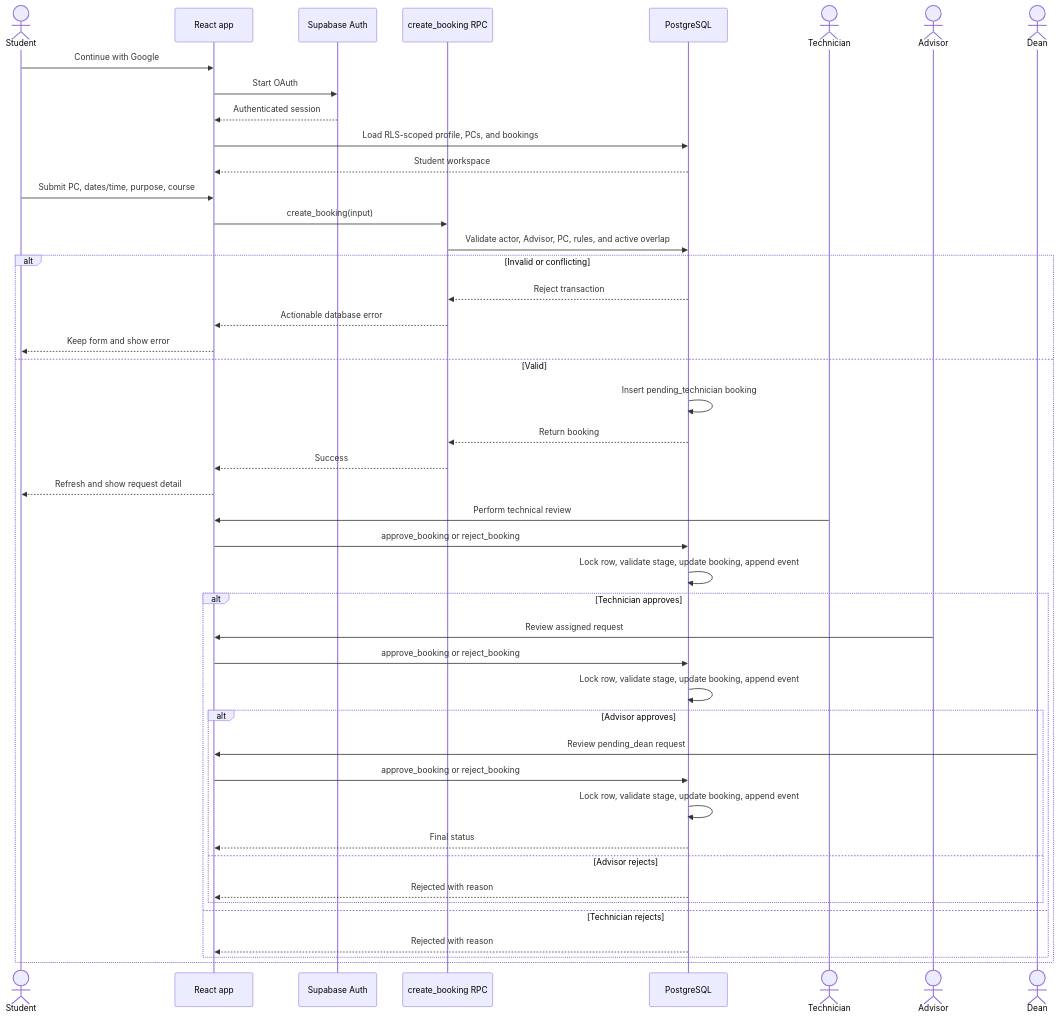
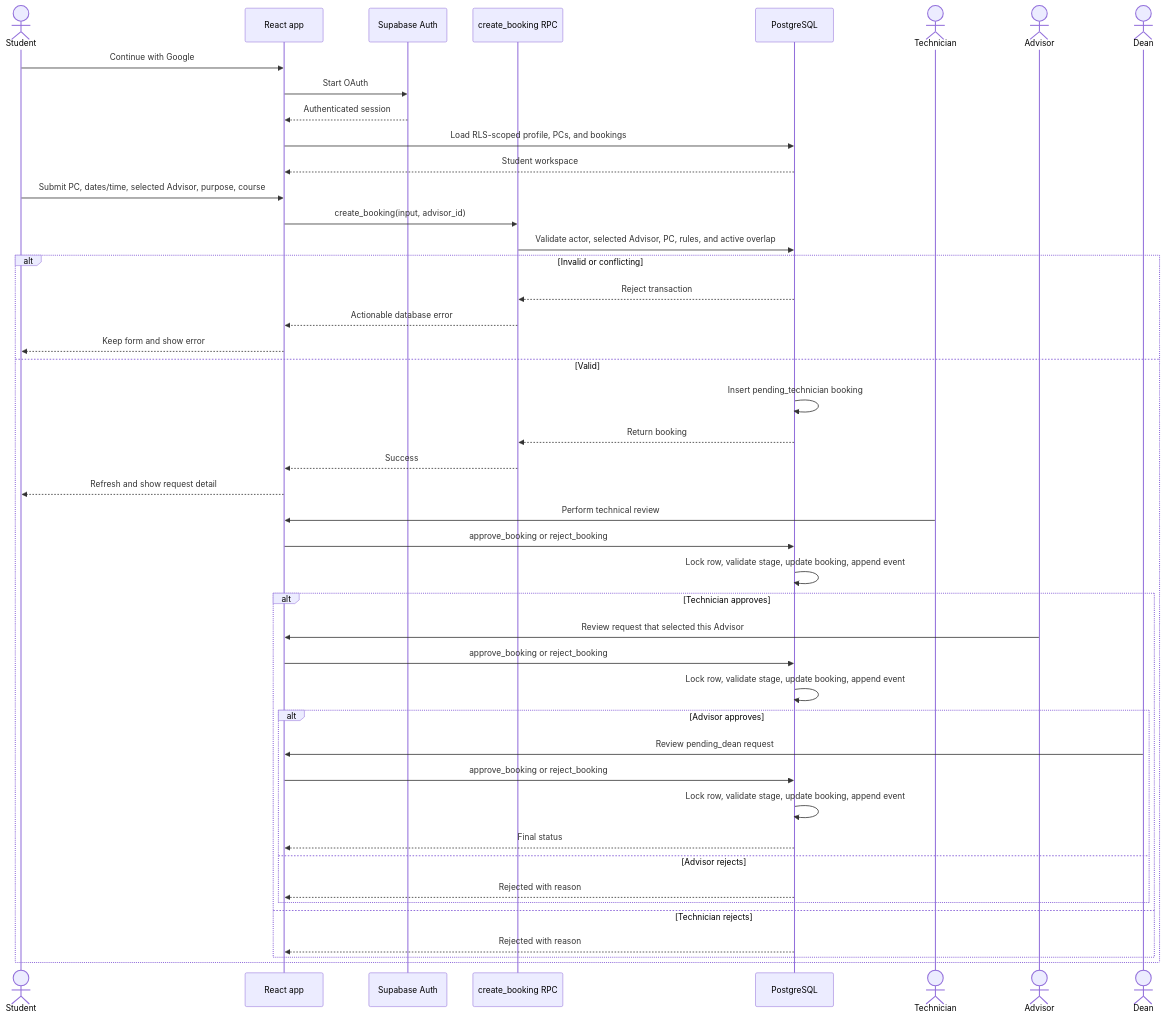
The first of 3 diagrams in .docs/02-design/diagrams/04-sequence-diagram-booking.md (Leng201202/SE-Lab-Booking-System), drawn with Mermaid before and after one commit. The commit also changed 19 other files, not shown here.

```diff
--- a/.docs/02-design/diagrams/04-sequence-diagram-booking.md
+++ b/.docs/02-design/diagrams/04-sequence-diagram-booking.md
@@ -3,50 +3,50 @@
 ~~~mermaid
 sequenceDiagram
     actor S as Student
     participant W as React app
     participant A as Supabase Auth
     participant R as create_booking RPC
     participant P as PostgreSQL
     actor T as Technician
     actor V as Advisor
     actor D as Dean
 
     S->>W: Continue with Google
     W->>A: Start OAuth
     A-->>W: Authenticated session
     W->>P: Load RLS-scoped profile, PCs, and bookings
     P-->>W: Student workspace
 
-    S->>W: Submit PC, dates/time, purpose, course
-    W->>R: create_booking(input)
-    R->>P: Validate actor, Advisor, PC, rules, and active overlap
+    S->>W: Submit PC, dates/time, selected Advisor, purpose, course
+    W->>R: create_booking(input, advisor_id)
+    R->>P: Validate actor, selected Advisor, PC, rules, and active overlap
     alt Invalid or conflicting
         P-->>R: Reject transaction
         R-->>W: Actionable database error
         W-->>S: Keep form and show error
     else Valid
         P->>P: Insert pending_technician booking
         P-->>R: Return booking
         R-->>W: Success
         W-->>S: Refresh and show request detail
 
         T->>W: Perform technical review
         W->>P: approve_booking or reject_booking
         P->>P: Lock row, validate stage, update booking, append event
         alt Technician approves
-            V->>W: Review assigned request
+            V->>W: Review request that selected this Advisor
             W->>P: approve_booking or reject_booking
             P->>P: Lock row, validate stage, update booking, append event
             alt Advisor approves
                 D->>W: Review pending_dean request
                 W->>P: approve_booking or reject_booking
                 P->>P: Lock row, validate stage, update booking, append event
                 P-->>W: Final status
             else Advisor rejects
                 P-->>W: Rejected with reason
             end
         else Technician rejects
             P-->>W: Rejected with reason
         end
     end
 ~~~
```
